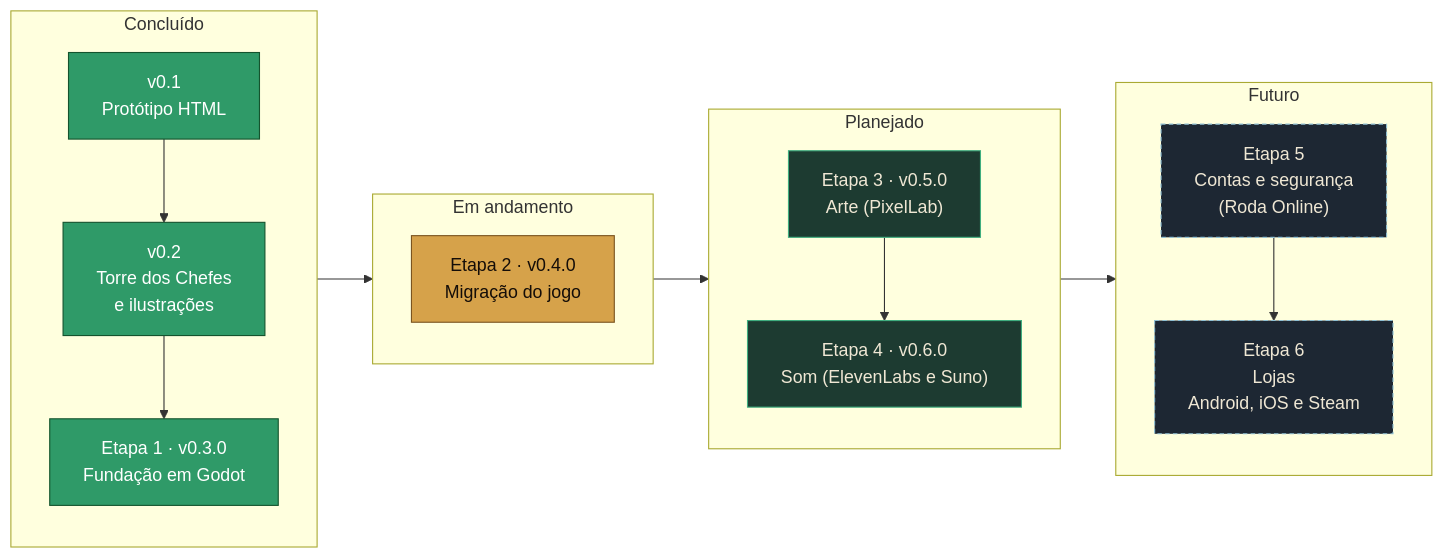
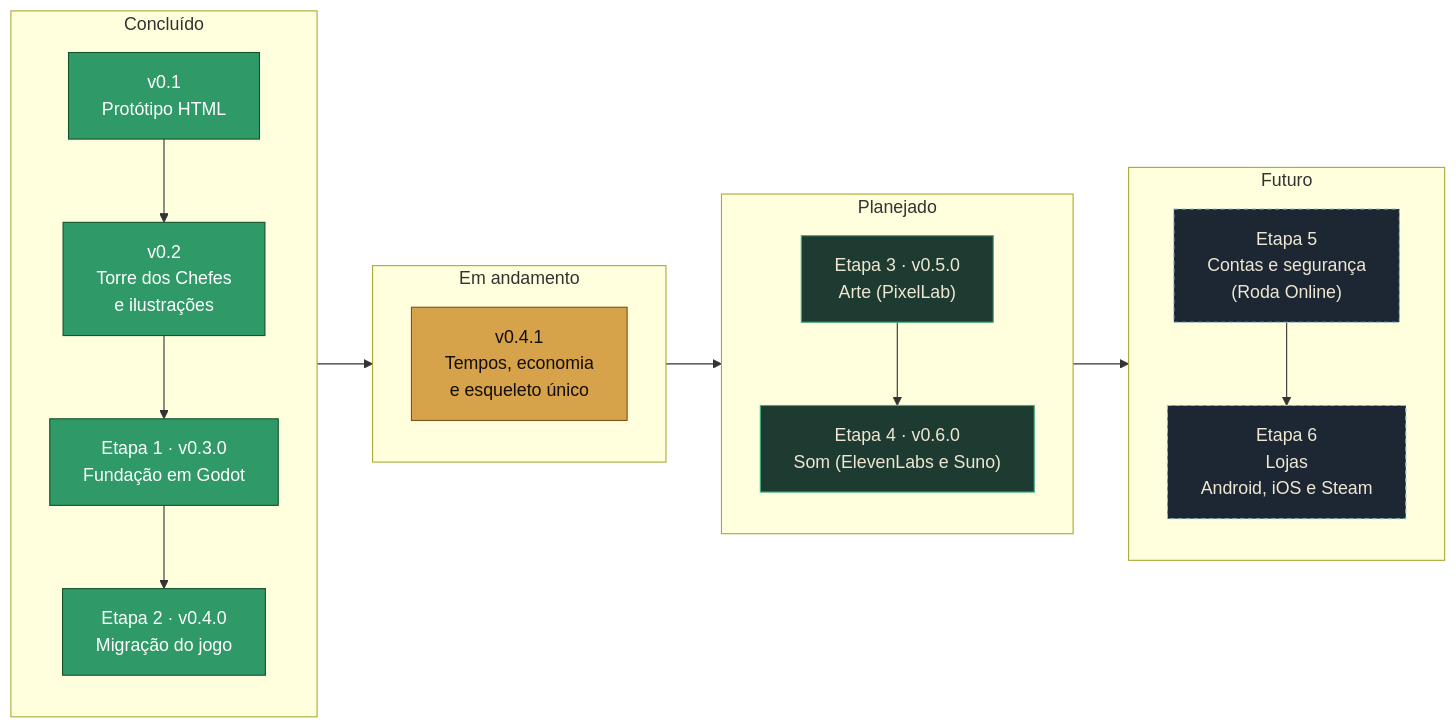
Before and after one commit to AlexGamesProjects/Guardi-es-do-Folclore: the diagram in docs/ROADMAP.md, drawn with Mermaid. The commit also changed other lines of this file and 5 other files, not shown here.

````diff
--- a/docs/ROADMAP.md
+++ b/docs/ROADMAP.md
@@ -7,30 +7,31 @@
 ```mermaid
 flowchart LR
     subgraph F["Concluído"]
         direction TB
         v01["v0.1<br/>Protótipo HTML"]:::feito
         v02["v0.2<br/>Torre dos Chefes<br/>e ilustrações"]:::feito
         e1["Etapa 1 · v0.3.0<br/>Fundação em Godot"]:::feito
+        e2["Etapa 2 · v0.4.0<br/>Migração do jogo"]:::feito
     end
     subgraph A["Em andamento"]
         direction TB
-        e2["Etapa 2 · v0.4.0<br/>Migração do jogo"]:::andamento
+        e21["v0.4.1<br/>Tempos, economia<br/>e esqueleto único"]:::andamento
     end
     subgraph P["Planejado"]
         direction TB
         e3["Etapa 3 · v0.5.0<br/>Arte (PixelLab)"]:::planejado
         e4["Etapa 4 · v0.6.0<br/>Som (ElevenLabs e Suno)"]:::planejado
     end
     subgraph X["Futuro"]
         direction TB
         e5["Etapa 5<br/>Contas e segurança<br/>(Roda Online)"]:::futuro
         e6["Etapa 6<br/>Lojas<br/>Android, iOS e Steam"]:::futuro
     end
 
-    v01 --> v02 --> e1 --> e2 --> e3 --> e4 --> e5 --> e6
+    v01 --> v02 --> e1 --> e2 --> e21 --> e3 --> e4 --> e5 --> e6
 
     classDef feito fill:#2f9a68,stroke:#14532d,color:#ffffff
     classDef andamento fill:#d6a24a,stroke:#7a5420,color:#140d08
     classDef planejado fill:#1d3b31,stroke:#3fae7f,color:#efe7d4
     classDef futuro fill:#1d2733,stroke:#8fc0d4,color:#efe7d4,stroke-dasharray:4 3
 ```
````
